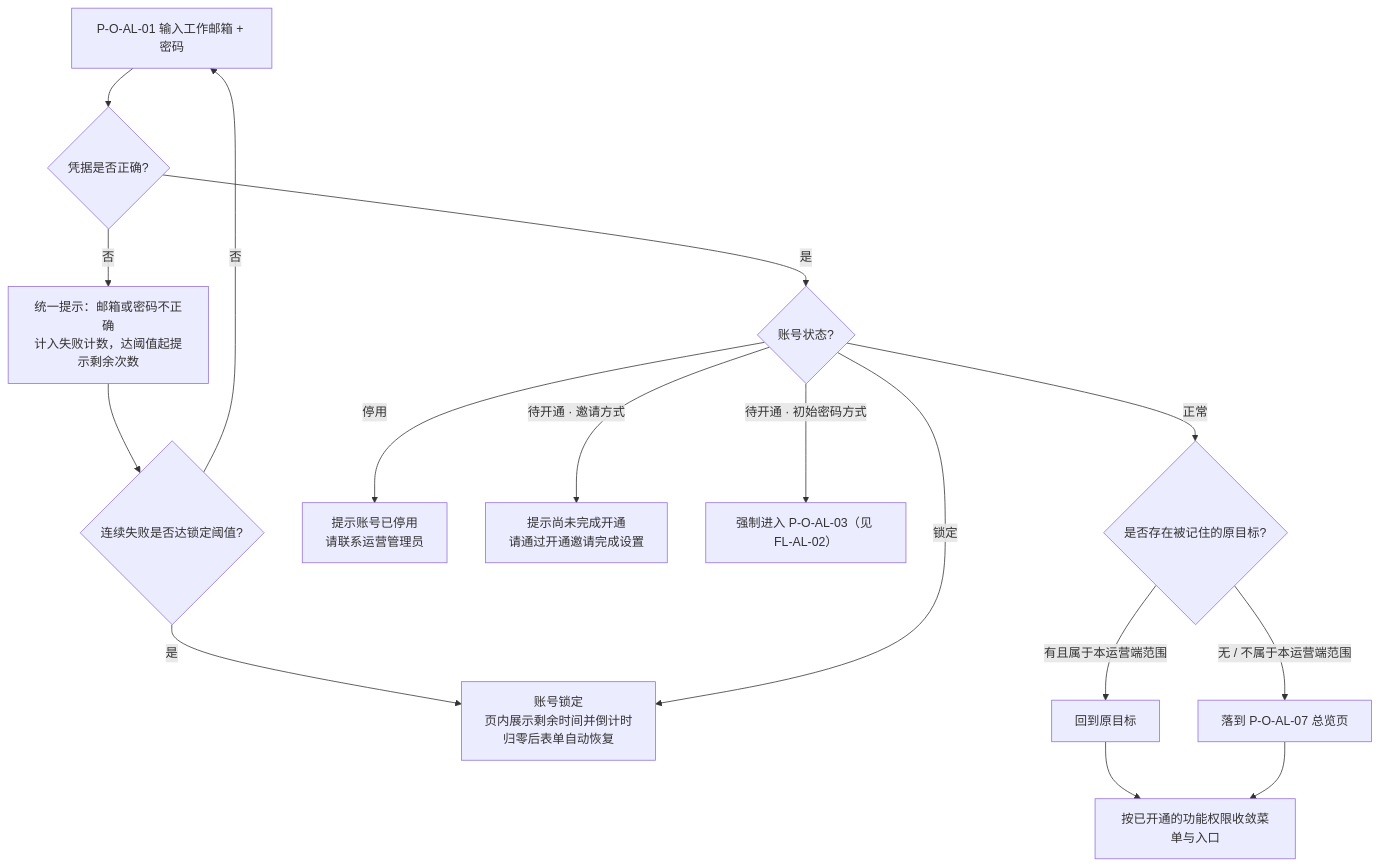
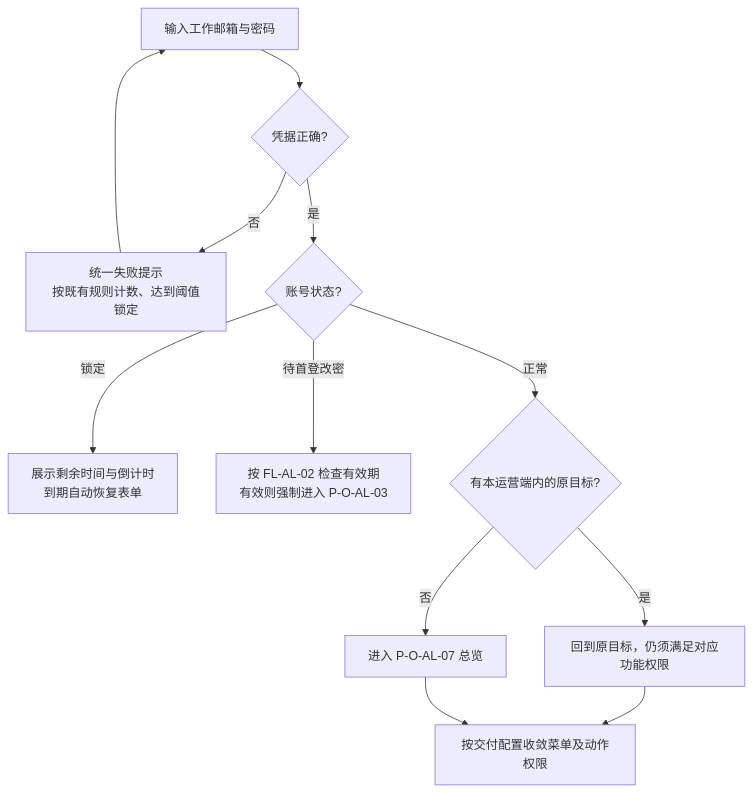
Before and after one commit to wxblockchain/Chain-Financing: the second of 8 diagrams in lending-platform/PRD/v1.0-运营端账户与登录/v1.0-运营端账户与登录-流程图与状态机.md, drawn with Mermaid. The commit also changed other lines of this file and 4 other files, not shown here.

````diff
--- a/lending-platform/PRD/v1.0-运营端账户与登录/v1.0-运营端账户与登录-流程图与状态机.md
+++ b/lending-platform/PRD/v1.0-运营端账户与登录/v1.0-运营端账户与登录-流程图与状态机.md
@@ -73,18 +41,14 @@
 ```mermaid
 flowchart TD
-    A["P-O-AL-01 输入工作邮箱 + 密码"] --> B{"凭据是否正确?"}
-    B -->|否| B1["统一提示：邮箱或密码不正确<br/>计入失败计数，达阈值起提示剩余次数"]
-    B1 --> C{"连续失败是否达锁定阈值?"}
-    C -->|否| A
-    C -->|是| C1["账号锁定<br/>页内展示剩余时间并倒计时<br/>归零后表单自动恢复"]
+    A["输入工作邮箱与密码"] --> B{"凭据正确?"}
+    B -->|否| C["统一失败提示<br/>按既有规则计数、达到阈值锁定"]
+    C --> A
     B -->|是| D{"账号状态?"}
-    D -->|锁定| C1
-    D -->|停用| D1["提示账号已停用<br/>请联系运营管理员"]
-    D -->|待开通 · 邀请方式| D2["提示尚未完成开通<br/>请通过开通邀请完成设置"]
-    D -->|待开通 · 初始密码方式| D3["强制进入 P-O-AL-03（见 FL-AL-02）"]
-    D -->|正常| E{"是否存在被记住的原目标?"}
-    E -->|有且属于本运营端范围| E1["回到原目标"]
-    E -->|无 / 不属于本运营端范围| E2["落到 P-O-AL-07 总览页"]
-    E1 --> F["按已开通的功能权限收敛菜单与入口"]
-    E2 --> F
+    D -->|锁定| E["展示剩余时间与倒计时<br/>到期自动恢复表单"]
+    D -->|待首登改密| F["按 FL-AL-02 检查有效期<br/>有效则强制进入 P-O-AL-03"]
+    D -->|正常| G{"有本运营端内的原目标?"}
+    G -->|是| H["回到原目标，仍须满足对应功能权限"]
+    G -->|否| I["进入 P-O-AL-07 总览"]
+    H --> J["按交付配置收敛菜单及动作权限"]
+    I --> J
 ```
````
